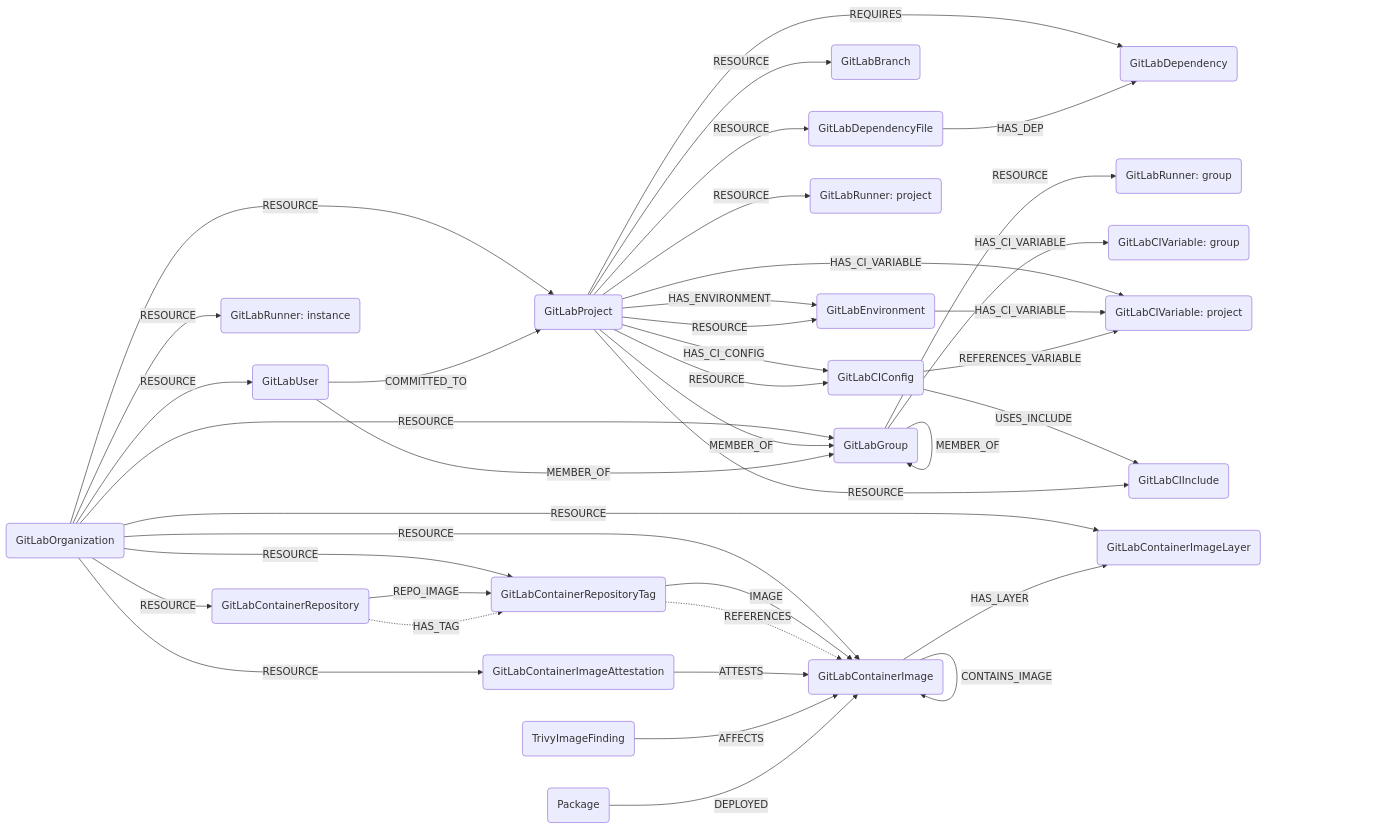
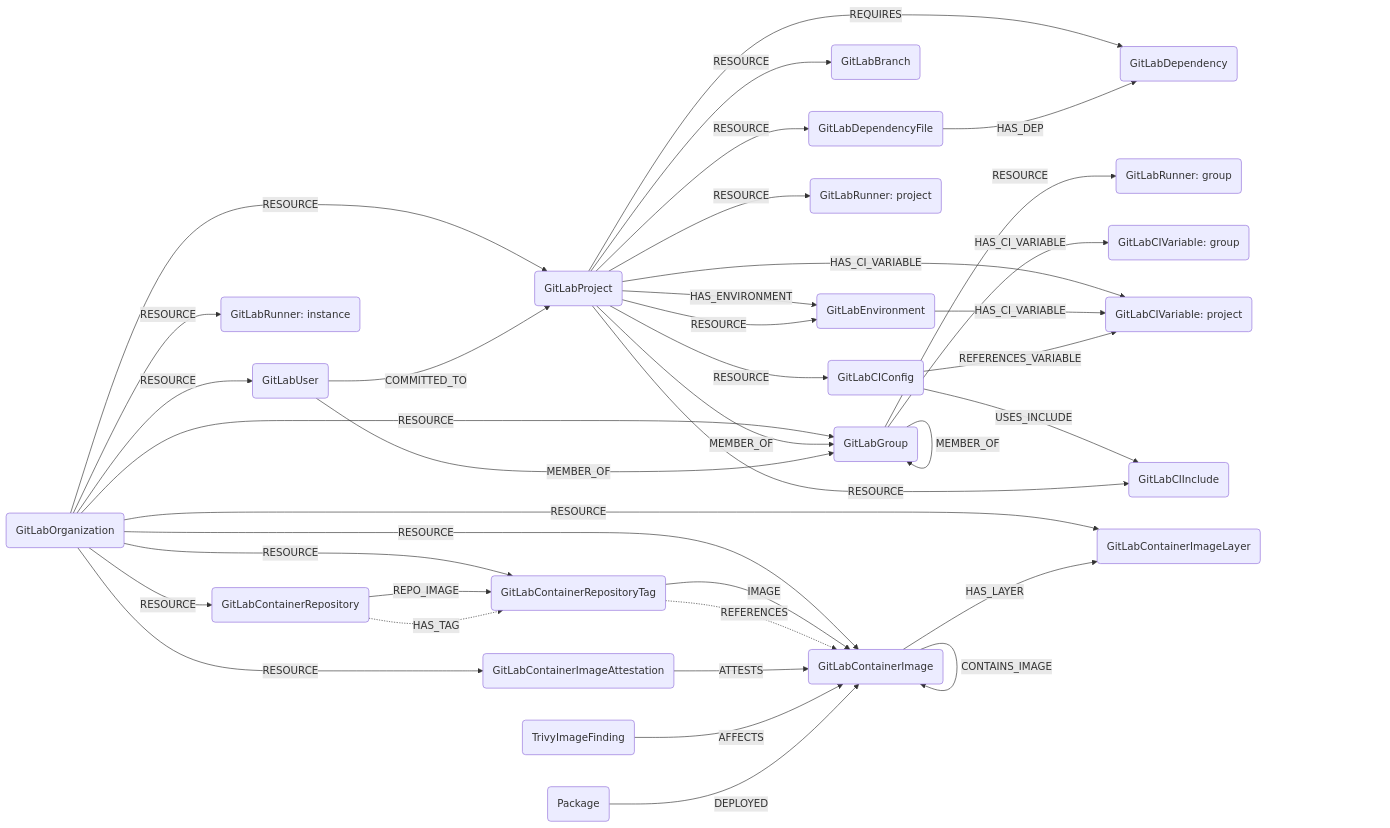
One commit to cartography-cncf/cartography changed the diagram in docs/root/modules/gitlab/schema.md. Above: the diagram before and after it, drawn with Mermaid. The commit also changed other lines of this file and 2 other files, not shown here.

First line of the commit message:
refactor(gitlab): drop redundant HAS_CI_CONFIG relationship

````diff
--- a/docs/root/modules/gitlab/schema.md
+++ b/docs/root/modules/gitlab/schema.md
@@ -3,54 +3,53 @@
 ```mermaid
 graph LR
 
 O(GitLabOrganization) -- RESOURCE --> G(GitLabGroup)
 O -- RESOURCE --> P(GitLabProject)
 O -- RESOURCE --> U(GitLabUser)
 G -- MEMBER_OF --> G
 P -- MEMBER_OF --> G
 U -- MEMBER_OF --> G
 U -- COMMITTED_TO --> P
 P -- RESOURCE --> B(GitLabBranch)
 P -- RESOURCE --> DF(GitLabDependencyFile)
 P -- REQUIRES --> D(GitLabDependency)
 DF -- HAS_DEP --> D
 
 %% CI/CD Runners
 O -- RESOURCE --> R_I(GitLabRunner: instance)
 G -- RESOURCE --> R_G(GitLabRunner: group)
 P -- RESOURCE --> R_P(GitLabRunner: project)
 
 %% CI/CD Variables
 G -- HAS_CI_VARIABLE --> CV_G(GitLabCIVariable: group)
 P -- HAS_CI_VARIABLE --> CV_P(GitLabCIVariable: project)
 
 %% Environments
 P -- HAS_ENVIRONMENT --> E(GitLabEnvironment)
 P -- RESOURCE --> E
 E -- HAS_CI_VARIABLE --> CV_P
 
 %% CI/CD Config (.gitlab-ci.yml)
-P -- HAS_CI_CONFIG --> CC(GitLabCIConfig)
-P -- RESOURCE --> CC
+P -- RESOURCE --> CC(GitLabCIConfig)
 CC -- USES_INCLUDE --> CI_INC(GitLabCIInclude)
 P -- RESOURCE --> CI_INC
 CC -- REFERENCES_VARIABLE --> CV_P
 
 %% Container Registry
 O -- RESOURCE --> CR(GitLabContainerRepository)
 O -- RESOURCE --> CI(GitLabContainerImage)
 O -- RESOURCE --> CIL(GitLabContainerImageLayer)
 O -- RESOURCE --> CT(GitLabContainerRepositoryTag)
 O -- RESOURCE --> CA(GitLabContainerImageAttestation)
 CR -- REPO_IMAGE --> CT
 CR -. HAS_TAG .-> CT
 CT -- IMAGE --> CI
 CT -. REFERENCES .-> CI
 CI -- CONTAINS_IMAGE --> CI
 CI -- HAS_LAYER --> CIL
 CA -- ATTESTS --> CI
 
 %% Trivy Vulnerability Scanning
 TIF(TrivyImageFinding) -- AFFECTS --> CI
 PKG(Package) -- DEPLOYED --> CI
 ```
````
